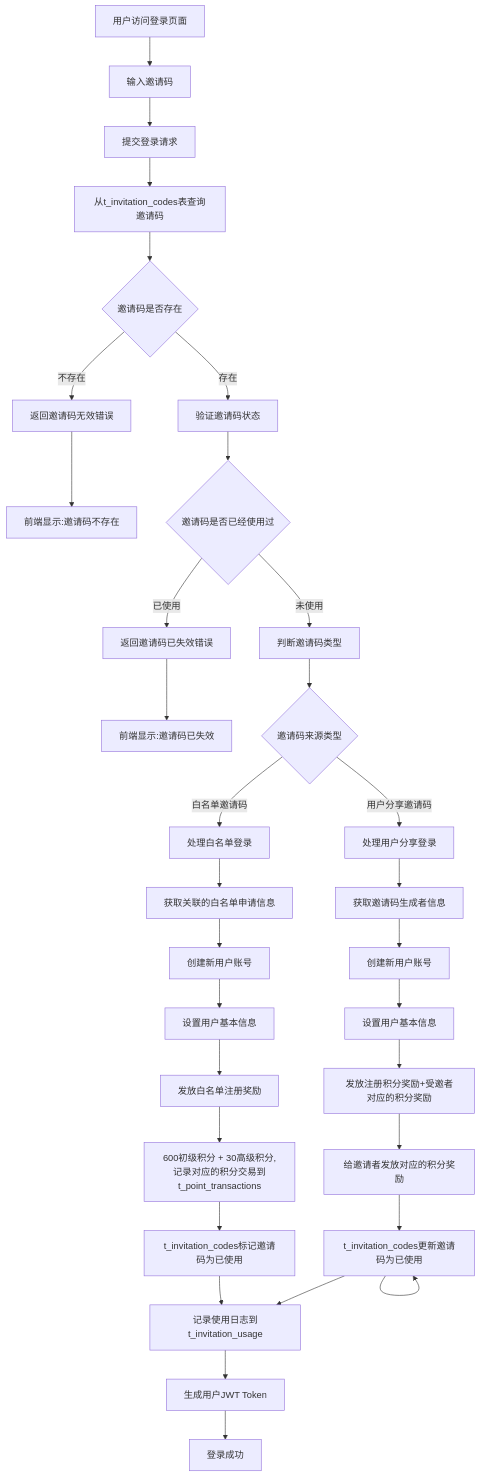
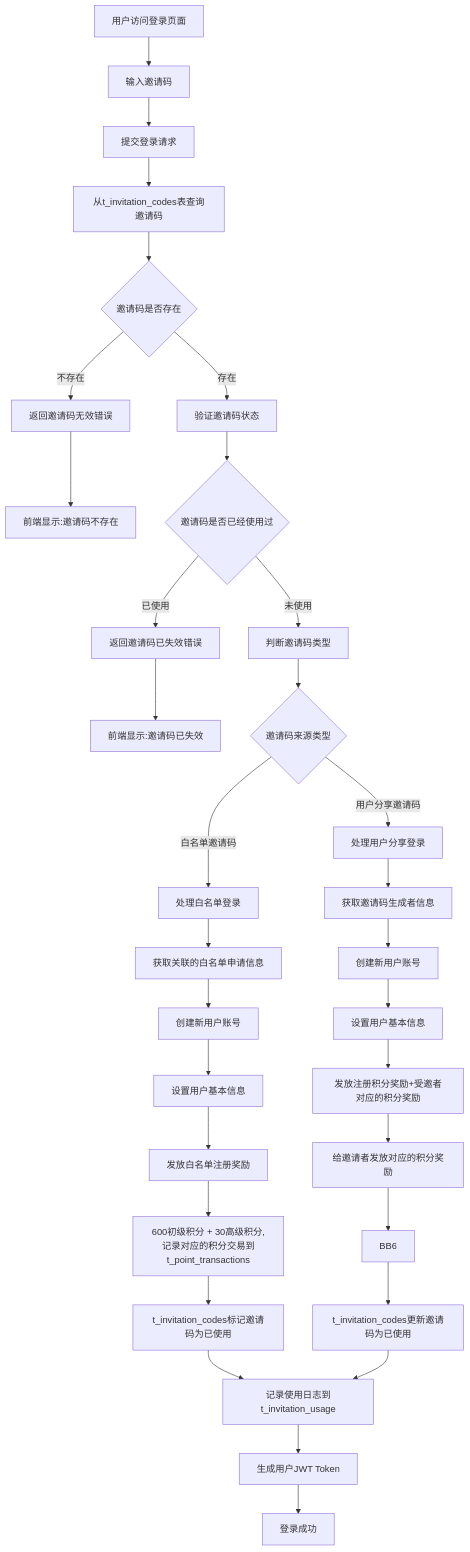
One commit to yingjianzh/iodraw-files changed the diagram in all/未命名-74.md. Above: the diagram before and after it, drawn with Mermaid.

Commit message:
2025-07-07 14:03:19 update

````diff
--- a/all/未命名-74.md
+++ b/all/未命名-74.md
@@ -1,41 +1,41 @@
 ```mermaid
 
 flowchart TD
     A[用户访问登录页面] --> B[输入邀请码]
     B --> E[提交登录请求]
     E --> H[从t_invitation_codes表查询邀请码]
     H --> I{邀请码是否存在}
     I -->|不存在| J[返回邀请码无效错误]
     J --> K[前端显示:邀请码不存在]
     
     I -->|存在| L[验证邀请码状态]
     L --> M{邀请码是否已经使用过}
     M -->|已使用| N[返回邀请码已失效错误]
     N --> O[前端显示:邀请码已失效]
     
     M -->|未使用| X[判断邀请码类型]
     X --> Y{邀请码来源类型}
     
     Y -->|白名单邀请码| Z[处理白名单登录]
     Z --> Z1[获取关联的白名单申请信息]
     Z1 --> Z2[创建新用户账号]
     Z2 --> Z3[设置用户基本信息]
     Z3 --> Z4[发放白名单注册奖励]
     Z4 --> Z5[600初级积分 + 30高级积分,记录对应的积分交易到t_point_transactions]
     Z5 --> Z6[t_invitation_codes标记邀请码为已使用]
     Z6 --> AA[记录使用日志到t_invitation_usage]
     
     Y -->|用户分享邀请码| BB[处理用户分享登录]
     BB --> BB1[获取邀请码生成者信息]
     BB1 --> BB2[创建新用户账号]
     BB2 --> BB3[设置用户基本信息]
     BB3 --> BB4[发放注册积分奖励+受邀者对应的积分奖励]
     BB4 --> BB5[给邀请者发放对应的积分奖励]
     BB5 --> BB6
-    BB6 --> BB6[t_invitation_codes更新邀请码为已使用]
-    BB6 --> AA
+    BB6 --> BB7[t_invitation_codes更新邀请码为已使用]
+    BB7 --> AA
     
     AA --> CC[生成用户JWT Token]
     CC --> DD[登录成功]  
 
 ```
````
